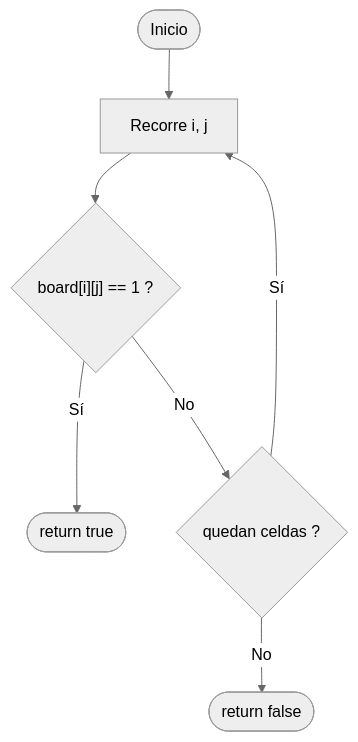
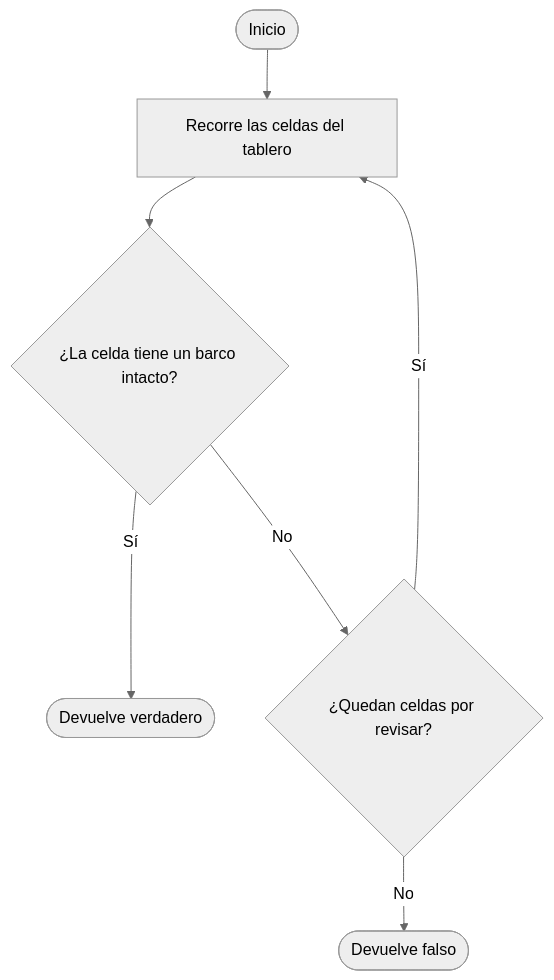
Diagram 11 of 33 in README.md (8ismel6/1MD-ProyectoFinal), drawn with Mermaid (neutral theme) before and after one commit. The commit also changed other lines of this file and 1 other file, not shown here.

````diff
--- a/README.md
+++ b/README.md
@@ -519,9 +512,9 @@
 ```mermaid
 flowchart TD
-A(["Inicio"]) --> B["Recorre i, j"]
-B --> C{"board[i][j] == 1 ?"}
-C -- "Sí" --> D(["return true"])
-C -- "No" --> E{"quedan celdas ?"}
+A(["Inicio"]) --> B["Recorre las celdas del tablero"]
+B --> C{"¿La celda tiene un barco intacto?"}
+C -- "Sí" --> D(["Devuelve verdadero"])
+C -- "No" --> E{"¿Quedan celdas por revisar?"}
 E -- "Sí" --> B
-E -- "No" --> F(["return false"])
+E -- "No" --> F(["Devuelve falso"])
 ```
````
